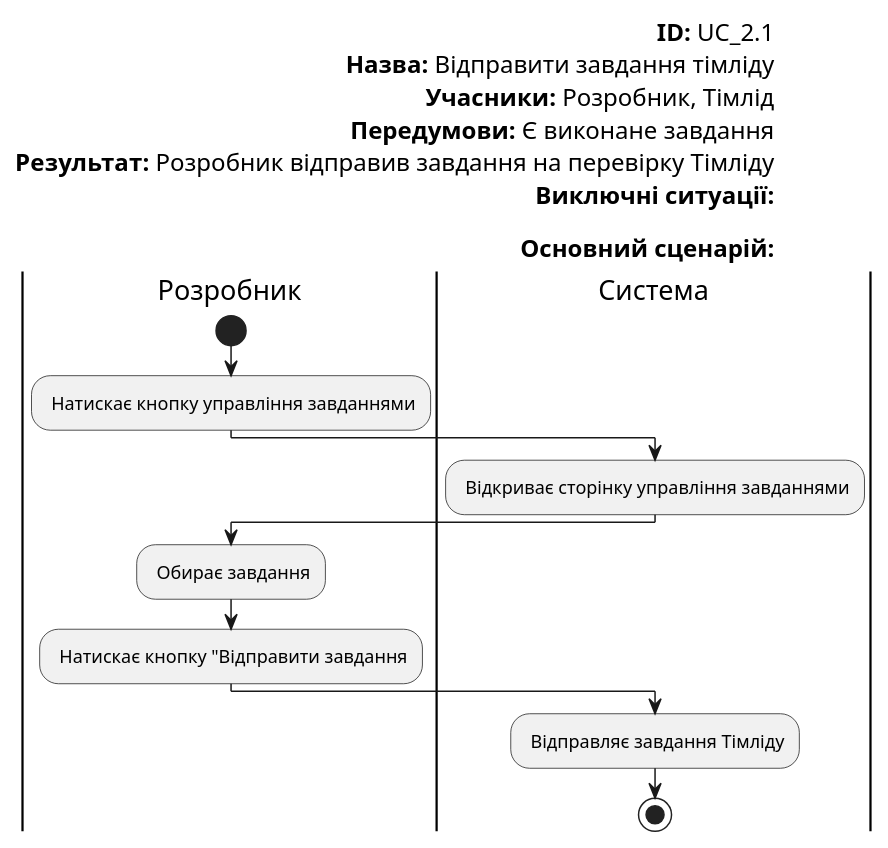
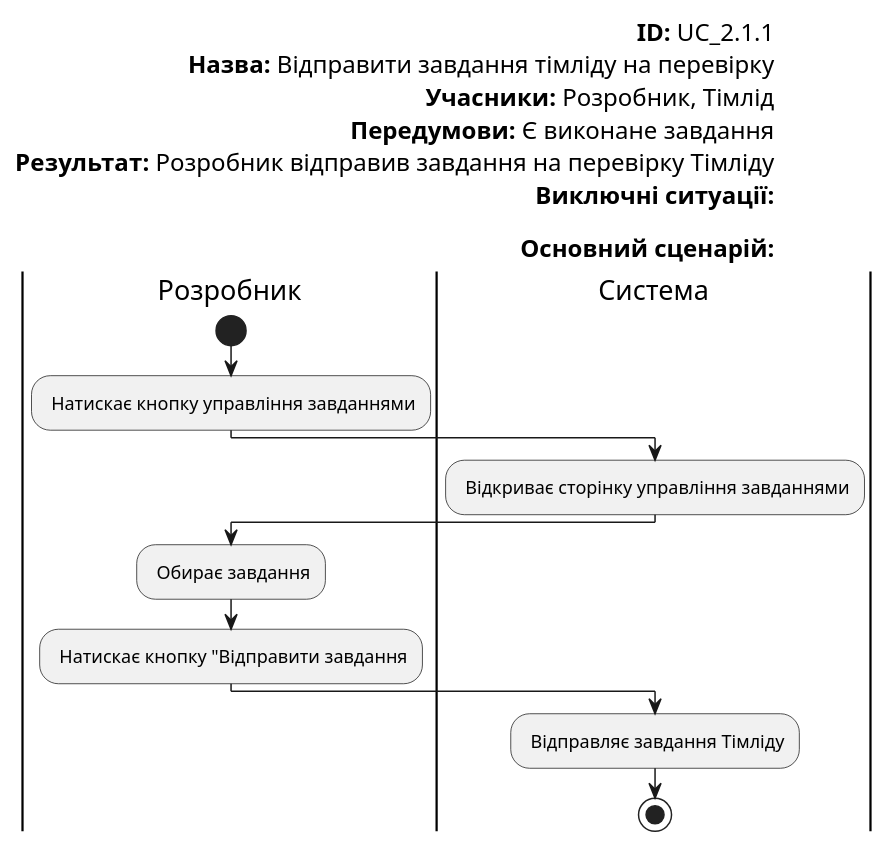
The seventh of 15 diagrams in docs/use cases/README.md (boldak/edu-db-cw), drawn with PlantUML before and after one commit. The commit also changed other lines of this file, not shown here.

```diff
--- a/docs/use cases/README.md
+++ b/docs/use cases/README.md
@@ -244,25 +244,25 @@
 @startuml
 
     left header
-    <font color=000 size=16><b>ID:</b> UC_2.1
-    <font color=000 size=16><b>Назва:</b> Відправити завдання тімліду
+    <font color=000 size=16><b>ID:</b> UC_2.1.1
+    <font color=000 size=16><b>Назва:</b> Відправити завдання тімліду на перевірку
     <font color=000 size=16><b>Учасники:</b> Розробник, Тімлід
     <font color=000 size=16><b>Передумови:</b> Є виконане завдання
     <font color=000 size=16><b>Результат:</b> Розробник відправив завдання на перевірку Тімліду
     <font color=000 size=16><b>Виключні ситуації:</b>
-    
+
     <font color=000 size=16><b>Основний сценарій:</b>
 end header
 
     |Розробник|
         start
         : Натискає кнопку управління завданнями;
     |Система|
         : Відкриває сторінку управління завданнями;
     |Розробник|
         : Обирає завдання;
         : Натискає кнопку "Відправити завдання;
     |Система|   
         : Відправляє завдання Тімліду;
         stop;
 @enduml
```
